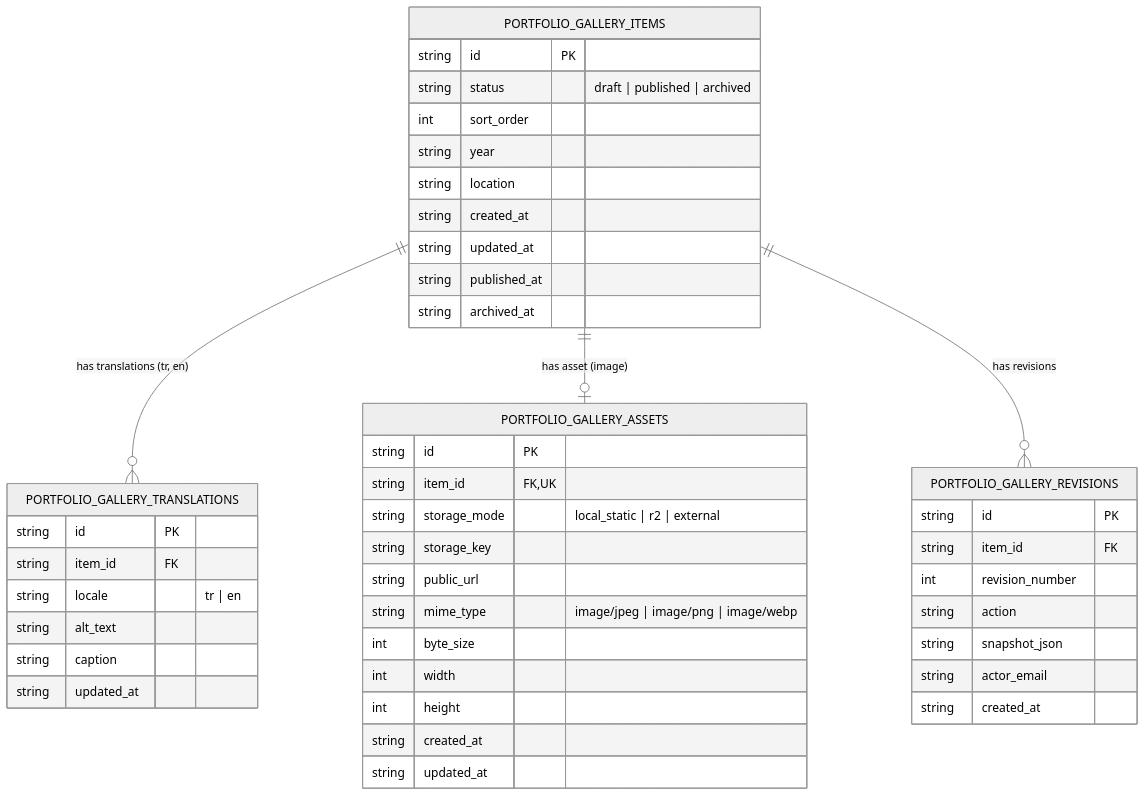
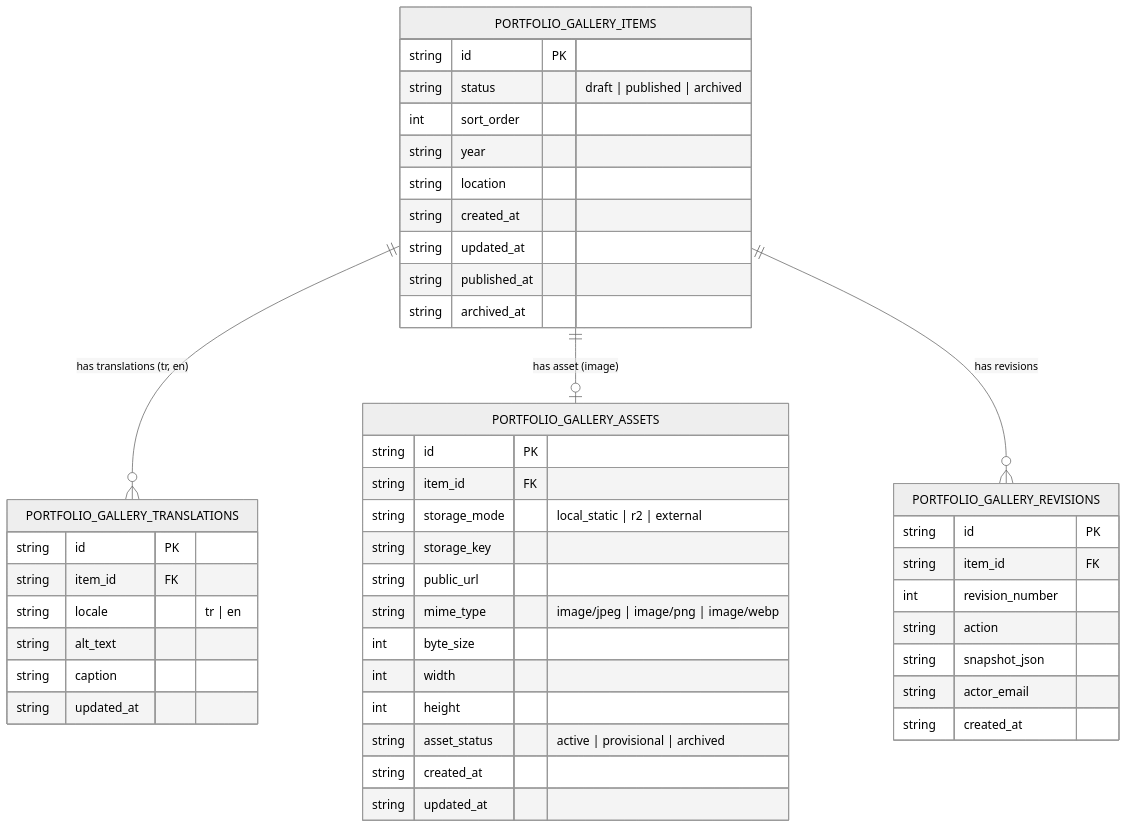
The diagram in docs/reviews/PORTFOLIO_OS_PHASE4_GALLERY_DATA_MODEL.md (eigengraun/kerem-mihci-portfolio), drawn with Mermaid (neutral theme) before and after one commit. The commit also changed other lines of this file and 22 other files, not shown here.

````diff
--- a/docs/reviews/PORTFOLIO_OS_PHASE4_GALLERY_DATA_MODEL.md
+++ b/docs/reviews/PORTFOLIO_OS_PHASE4_GALLERY_DATA_MODEL.md
@@ -29,51 +29,52 @@
 ```mermaid
 erDiagram
     PORTFOLIO_GALLERY_ITEMS ||--o{ PORTFOLIO_GALLERY_TRANSLATIONS : "has translations (tr, en)"
     PORTFOLIO_GALLERY_ITEMS ||--o| PORTFOLIO_GALLERY_ASSETS : "has asset (image)"
     PORTFOLIO_GALLERY_ITEMS ||--o{ PORTFOLIO_GALLERY_REVISIONS : "has revisions"
 
     PORTFOLIO_GALLERY_ITEMS {
         string id PK
         string status "draft | published | archived"
         int sort_order
         string year
         string location
         string created_at
         string updated_at
         string published_at
         string archived_at
     }
 
     PORTFOLIO_GALLERY_TRANSLATIONS {
         string id PK
         string item_id FK
         string locale "tr | en"
         string alt_text
         string caption
         string updated_at
     }
 
     PORTFOLIO_GALLERY_ASSETS {
         string id PK
-        string item_id FK, UK
+        string item_id FK
         string storage_mode "local_static | r2 | external"
         string storage_key
         string public_url
         string mime_type "image/jpeg | image/png | image/webp"
         int byte_size
         int width
         int height
+        string asset_status "active | provisional | archived"
         string created_at
         string updated_at
     }
 
     PORTFOLIO_GALLERY_REVISIONS {
         string id PK
         string item_id FK
         int revision_number
         string action
         string snapshot_json
         string actor_email
         string created_at
     }
 ```
````
